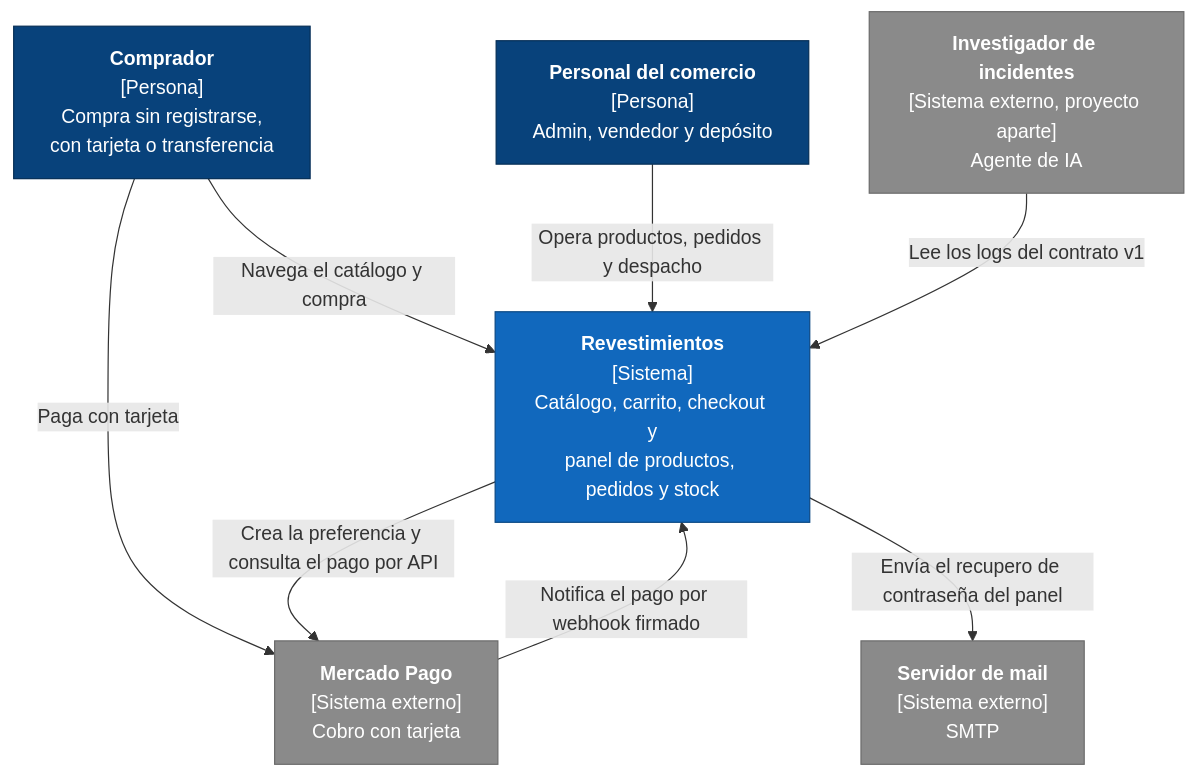
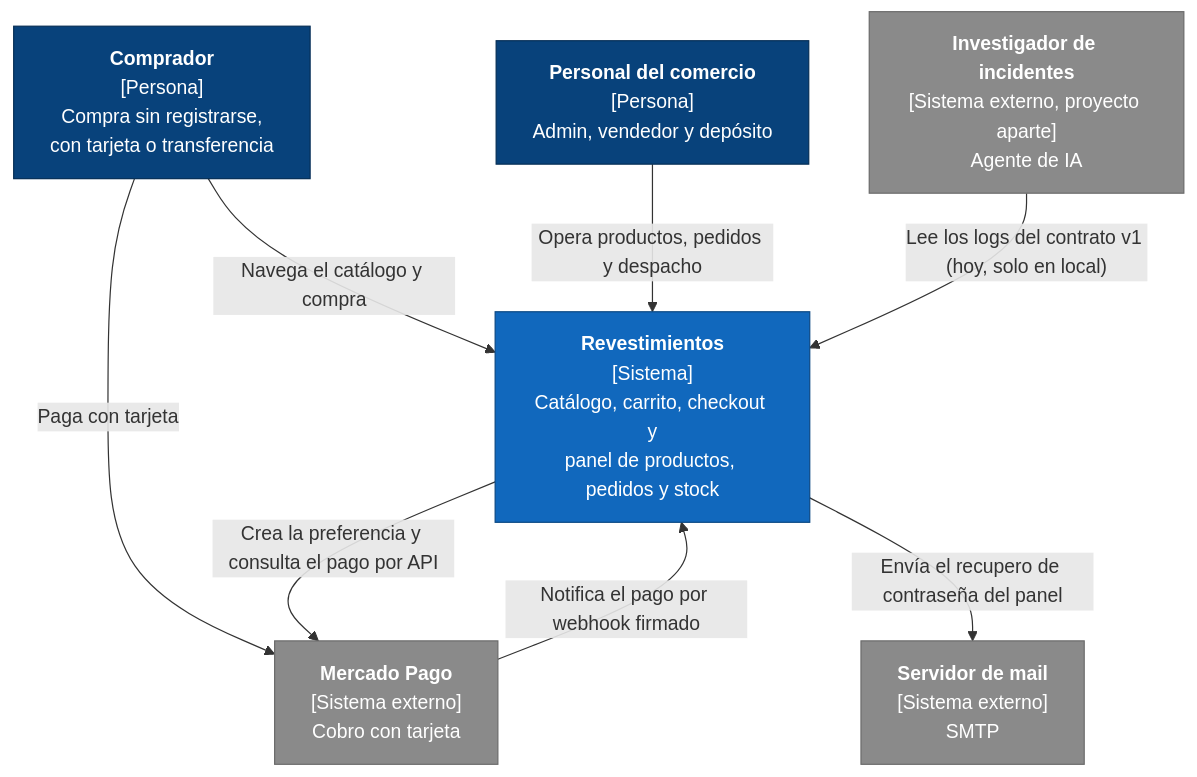
One commit to gsciancalepore/revestimientos changed the first of 2 diagrams in README.md. Above: the diagram before and after it, drawn with Mermaid. The commit also changed other lines of this file and 1 other file, not shown here.

First line of the commit message:
docs: aplicar los hallazgos de revisor-entrega sobre el README

````diff
--- a/README.md
+++ b/README.md
@@ -62,24 +63,24 @@
 ```mermaid
 flowchart TB
     comprador["<b>Comprador</b><br/>[Persona]<br/>Compra sin registrarse,<br/>con tarjeta o transferencia"]
     personal["<b>Personal del comercio</b><br/>[Persona]<br/>Admin, vendedor y depósito"]
     sistema["<b>Revestimientos</b><br/>[Sistema]<br/>Catálogo, carrito, checkout y<br/>panel de productos, pedidos y stock"]
     mp["<b>Mercado Pago</b><br/>[Sistema externo]<br/>Cobro con tarjeta"]
     mail["<b>Servidor de mail</b><br/>[Sistema externo]<br/>SMTP"]
     investigador["<b>Investigador de incidentes</b><br/>[Sistema externo, proyecto aparte]<br/>Agente de IA"]
 
     comprador -->|"Navega el catálogo y compra"| sistema
     comprador -->|"Paga con tarjeta"| mp
     personal -->|"Opera productos, pedidos y despacho"| sistema
     sistema -->|"Crea la preferencia y consulta el pago por API"| mp
     mp -->|"Notifica el pago por webhook firmado"| sistema
     sistema -->|"Envía el recupero de contraseña del panel"| mail
-    investigador -->|"Lee los logs del contrato v1"| sistema
+    investigador -->|"Lee los logs del contrato v1 (hoy, solo en local)"| sistema
 
     classDef persona fill:#08427b,stroke:#052e56,color:#fff
     classDef interno fill:#1168bd,stroke:#0b4884,color:#fff
     classDef externo fill:#8a8a8a,stroke:#6b6b6b,color:#fff
     class comprador,personal persona
     class sistema interno
     class mp,mail,investigador externo
 ```
````
